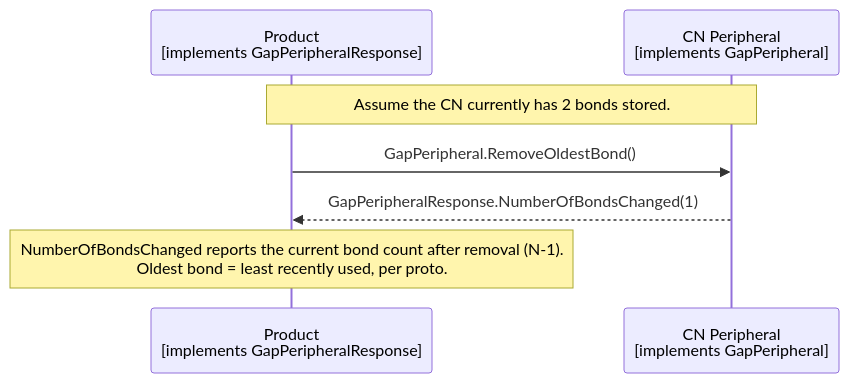
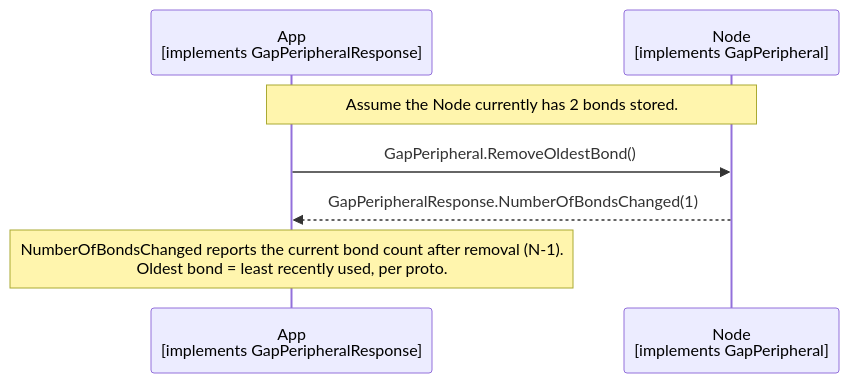
One commit to philips-software/amp-embedded-infra-lib changed the diagram in documents/modules/ROOT/partials/echoservices/gap_peripheral/GapPeripheral_RemoveOldestBond_sequence.mmd. Above: the diagram before and after it, drawn with Mermaid. The commit also changed 36 other files, not shown here.

```diff
--- a/documents/modules/ROOT/partials/echoservices/gap_peripheral/GapPeripheral_RemoveOldestBond_sequence.mmd
+++ b/documents/modules/ROOT/partials/echoservices/gap_peripheral/GapPeripheral_RemoveOldestBond_sequence.mmd
@@ -1,10 +1,10 @@
 sequenceDiagram
-    participant Product as Product<br>[implements GapPeripheralResponse]
-    participant CN as CN Peripheral<br>[implements GapPeripheral]
+    participant App as App<br>[implements GapPeripheralResponse]
+    participant Node as Node<br>[implements GapPeripheral]
 
-    Note over Product, CN: Assume the CN currently has 2 bonds stored.
+    Note over App, Node: Assume the Node currently has 2 bonds stored.
 
-    Product->>CN: GapPeripheral.RemoveOldestBond()
-    CN-->>Product: GapPeripheralResponse.NumberOfBondsChanged(1)
+    App->>Node: GapPeripheral.RemoveOldestBond()
+    Node-->>App: GapPeripheralResponse.NumberOfBondsChanged(1)
 
-    Note over Product: NumberOfBondsChanged reports the current bond count after removal (N-1).<br>Oldest bond = least recently used, per proto.
+    Note over App: NumberOfBondsChanged reports the current bond count after removal (N-1).<br>Oldest bond = least recently used, per proto.
```
